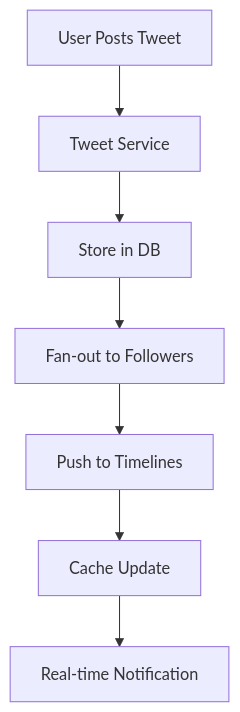
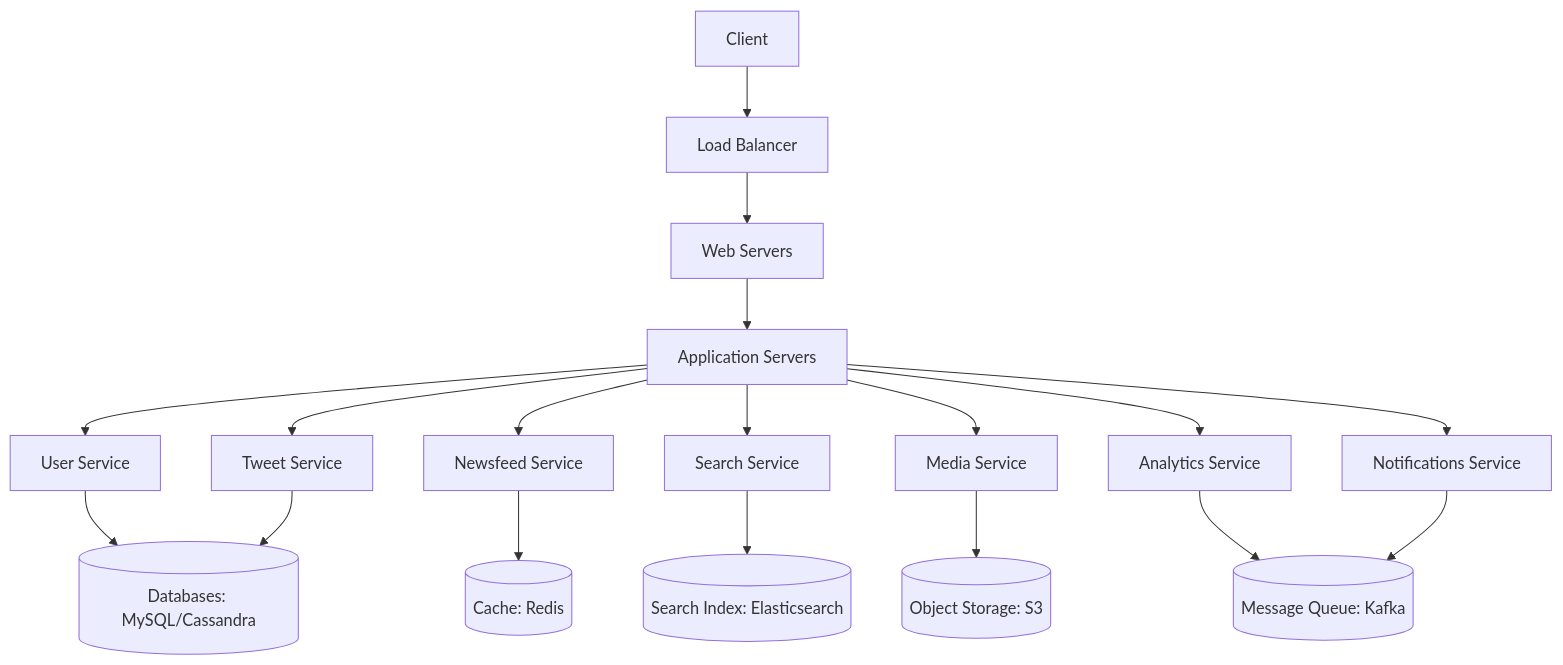
Before and after one commit to VrushankPatel/interview-matters: the diagram in twitter-system-design/README.md, drawn with Mermaid. The commit also changed other lines of this file and 6 other files, not shown here.

````diff
--- a/twitter-system-design/README.md
+++ b/twitter-system-design/README.md
@@ -26,9 +46,20 @@
 ```mermaid
 graph TD
-    A[User Posts Tweet] --> B[Tweet Service]
-    B --> C[Store in DB]
-    C --> D[Fan-out to Followers]
-    D --> E[Push to Timelines]
-    E --> F[Cache Update]
-    F --> G[Real-time Notification]
+    A[Client] --> B[Load Balancer]
+    B --> C[Web Servers]
+    C --> D[Application Servers]
+    D --> E[User Service]
+    D --> F[Newsfeed Service]
+    D --> G[Tweet Service]
+    D --> H[Search Service]
+    D --> I[Media Service]
+    D --> J[Analytics Service]
+    D --> K[Notifications Service]
+    E --> L[(Databases: MySQL/Cassandra)]
+    F --> M[(Cache: Redis)]
+    G --> L
+    H --> N[(Search Index: Elasticsearch)]
+    I --> O[(Object Storage: S3)]
+    J --> P[(Message Queue: Kafka)]
+    K --> P
 ```
````
